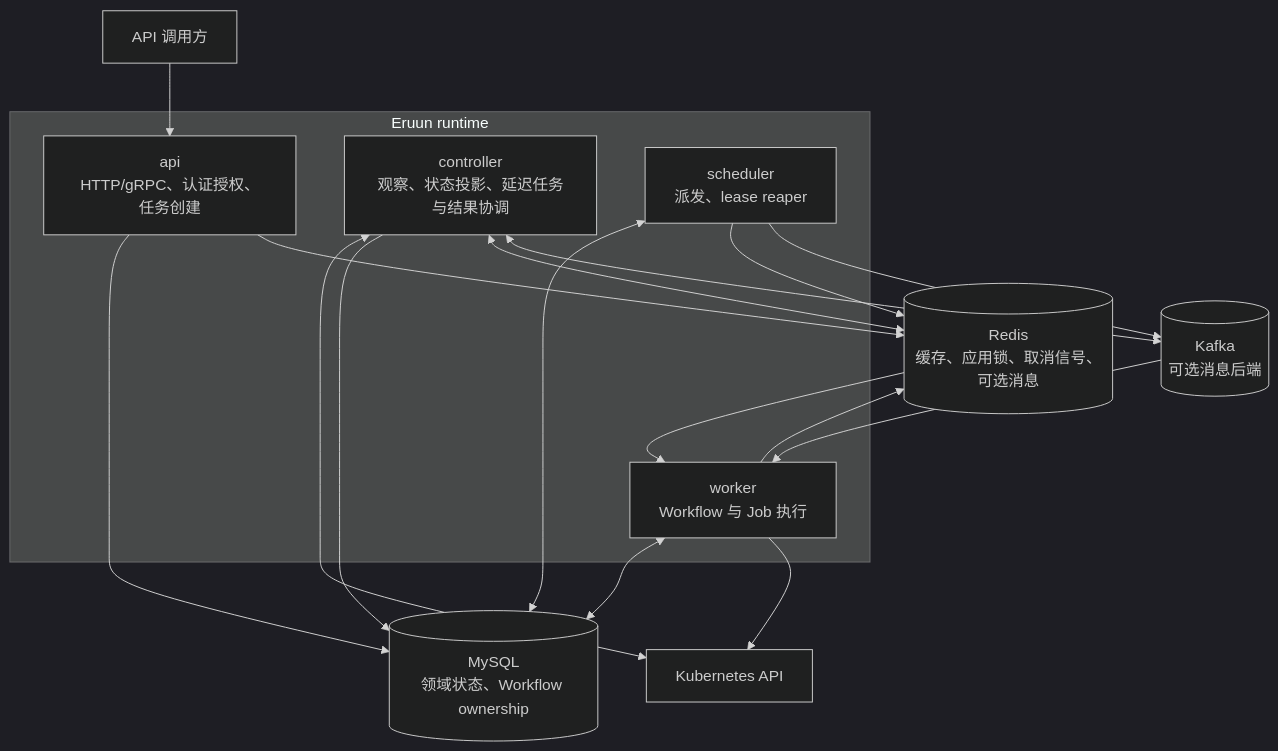
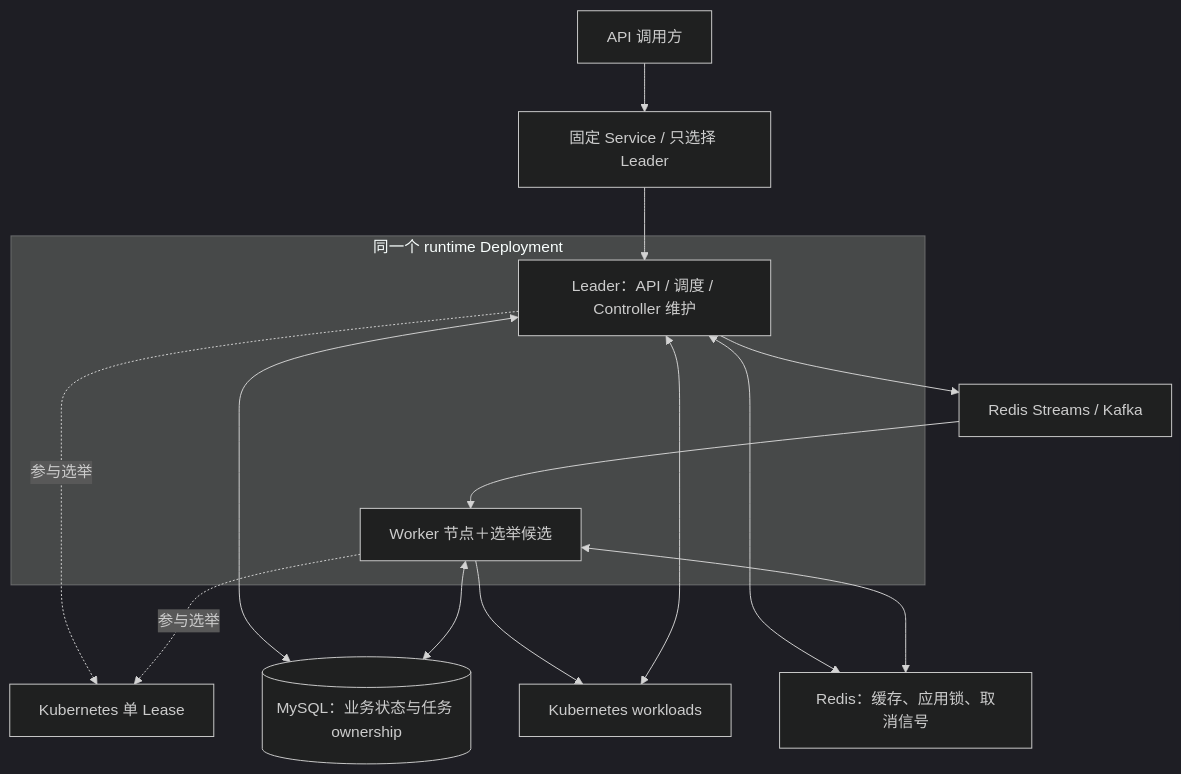
The first of 5 diagrams in docs/architecture-diagrams.md (PixelCores/Eruun), drawn with Mermaid (dark theme) before and after one commit. The commit also changed other lines of this file and 123 other files, not shown here.

First line of the commit message:
feat: 统一 Leader/Worker 运行时并加固分布式恢复 (#139)

````diff
--- a/docs/architecture-diagrams.md
+++ b/docs/architecture-diagrams.md
@@ -7,32 +7,19 @@
 ```mermaid
 flowchart TB
-    Client[API 调用方]
-
-    subgraph Runtime[Eruun runtime]
-        API["api<br/>HTTP/gRPC、认证授权、任务创建"]
-        Controller["controller<br/>观察、状态投影、延迟任务与结果协调"]
-        Scheduler["scheduler<br/>派发、lease reaper"]
-        Worker["worker<br/>Workflow 与 Job 执行"]
+    Client[API 调用方] --> Service[固定 Service / 只选择 Leader]
+    subgraph Runtime[同一个 runtime Deployment]
+        Leader[Leader：API / 调度 / Controller 维护]
+        Workers[Worker 节点＋选举候选]
     end
-
-    DB[("MySQL<br/>领域状态、Workflow ownership")]
-    Redis[("Redis<br/>缓存、应用锁、取消信号、可选消息")]
-    Kafka[("Kafka<br/>可选消息后端")]
-    K8s[Kubernetes API]
-
-    Client --> API
-    API --> DB
-    API --> Redis
-    Scheduler <--> DB
-    Scheduler --> Redis
-    Scheduler --> Kafka
-    Redis --> Worker
-    Kafka --> Worker
-    Worker <--> DB
-    Worker --> Redis
-    Worker --> K8s
-    Controller <--> K8s
-    Controller --> DB
-    Controller <--> Redis
-    Controller <--> Kafka
+    Service --> Leader
+    Leader -. 参与选举 .-> Lease[Kubernetes 单 Lease]
+    Workers -. 参与选举 .-> Lease
+    Leader <--> DB[(MySQL：业务状态与任务 ownership)]
+    Leader --> Queue[Redis Streams / Kafka]
+    Queue --> Workers
+    Workers <--> DB
+    Workers --> K8s[Kubernetes workloads]
+    Leader <--> K8s
+    Leader <--> Redis[Redis：缓存、应用锁、取消信号]
+    Workers <--> Redis
 ```
````
